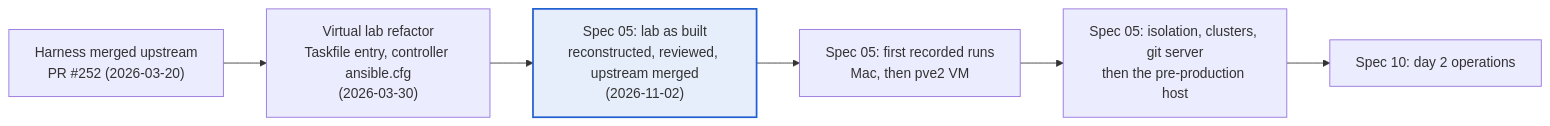
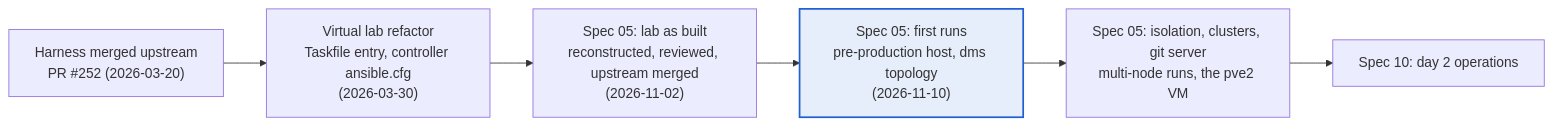
One commit to bayeslearner/ansible-role-for-splunk changed the diagram in docs/board/orientation.md. Above: the diagram before and after it, drawn with Mermaid. The commit also changed other lines of this file and 6 other files, not shown here.

````diff
--- a/docs/board/orientation.md
+++ b/docs/board/orientation.md
@@ -24,9 +24,9 @@
 ```mermaid
 flowchart LR
   A["Harness merged upstream<br/>PR #252 (2026-03-20)"] --> B["Virtual lab refactor<br/>Taskfile entry, controller ansible.cfg<br/>(2026-03-30)"]
-  B --> C["Spec 05: lab as built<br/>reconstructed, reviewed, upstream merged<br/>(2026-11-02)"]:::here
-  C --> D["Spec 05: first recorded runs<br/>Mac, then pve2 VM"]
-  D --> E["Spec 05: isolation, clusters, git server<br/>then the pre-production host"]
+  B --> C["Spec 05: lab as built<br/>reconstructed, reviewed, upstream merged<br/>(2026-11-02)"]
+  C --> D["Spec 05: first runs<br/>pre-production host, dms topology<br/>(2026-11-10)"]:::here
+  D --> E["Spec 05: isolation, clusters, git server<br/>multi-node runs, the pve2 VM"]
   E --> F["Spec 10: day 2 operations"]
   classDef here fill:#e7eefb,stroke:#1f5fd1,stroke-width:2px
 ```
````
